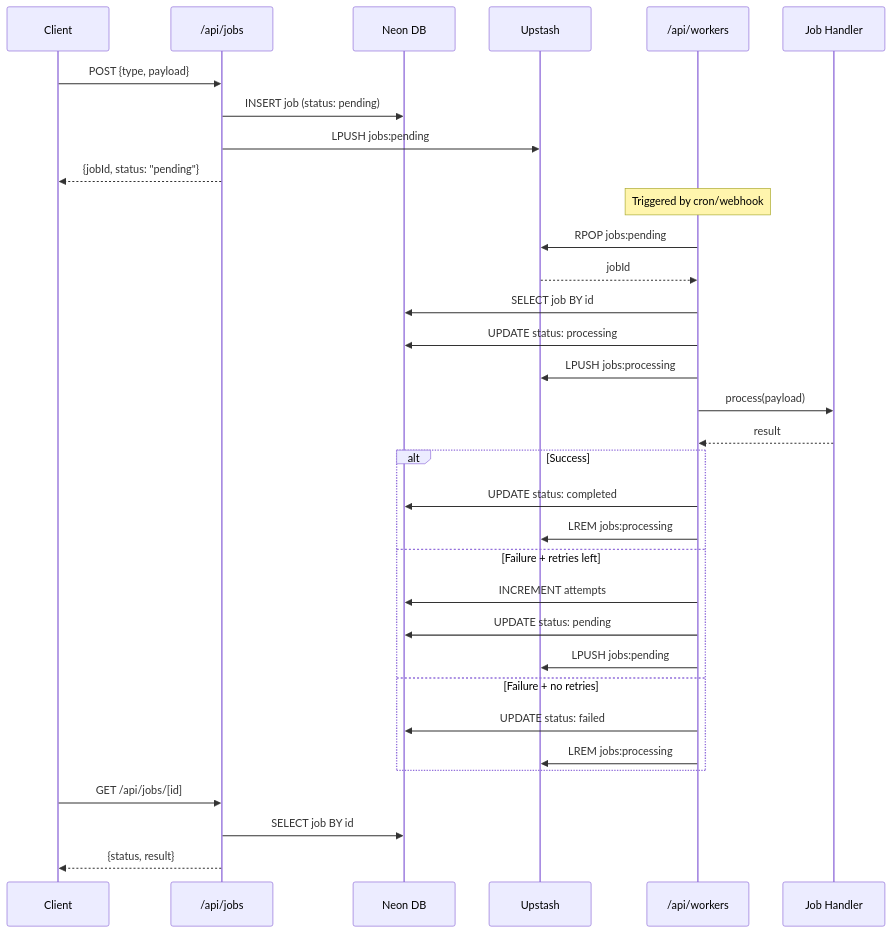
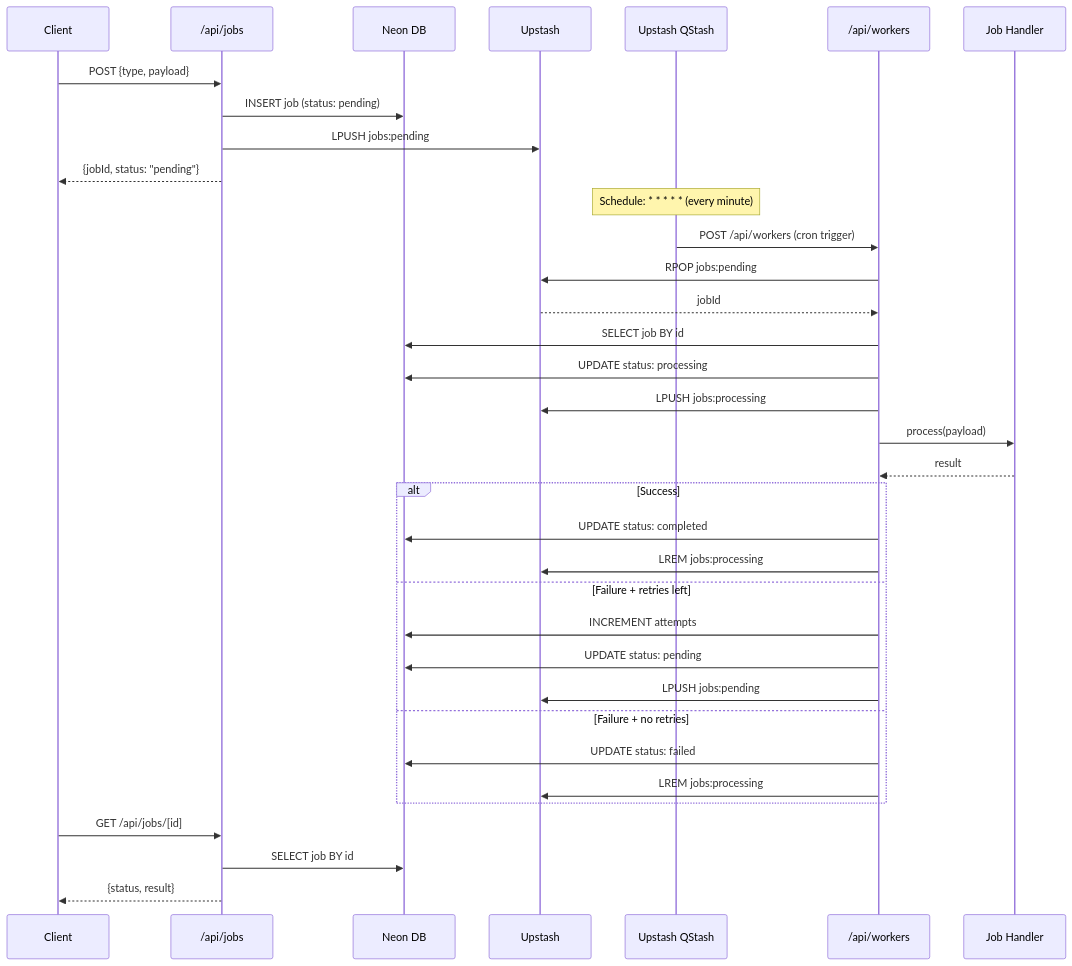
The fifth of 18 diagrams in .context/docs/architecture.md (zoryon-dev/maquina-de-conteudo), drawn with Mermaid before and after one commit. The commit also changed other lines of this file and 12 other files, not shown here.

First line of the commit message:
feat: implementar Upstash QStash para cron jobs

````diff
--- a/.context/docs/architecture.md
+++ b/.context/docs/architecture.md
@@ -398,41 +398,44 @@
 ```mermaid
 sequenceDiagram
     participant Client
     participant API as /api/jobs
     participant DB as Neon DB
     participant Redis as Upstash
+    participant QStash as Upstash QStash
     participant Worker as /api/workers
     participant Handler as Job Handler
 
     Client->>API: POST {type, payload}
     API->>DB: INSERT job (status: pending)
     API->>Redis: LPUSH jobs:pending
     API-->>Client: {jobId, status: "pending"}
 
-    Note over Worker: Triggered by cron/webhook
+    Note over QStash: Schedule: * * * * * (every minute)
+
+    QStash->>Worker: POST /api/workers (cron trigger)
 
     Worker->>Redis: RPOP jobs:pending
     Redis-->>Worker: jobId
     Worker->>DB: SELECT job BY id
     Worker->>DB: UPDATE status: processing
     Worker->>Redis: LPUSH jobs:processing
 
     Worker->>Handler: process(payload)
     Handler-->>Worker: result
 
     alt Success
         Worker->>DB: UPDATE status: completed
         Worker->>Redis: LREM jobs:processing
     else Failure + retries left
         Worker->>DB: INCREMENT attempts
         Worker->>DB: UPDATE status: pending
         Worker->>Redis: LPUSH jobs:pending
     else Failure + no retries
         Worker->>DB: UPDATE status: failed
         Worker->>Redis: LREM jobs:processing
     end
 
     Client->>API: GET /api/jobs/[id]
     API->>DB: SELECT job BY id
     API-->>Client: {status, result}
 ```
````
